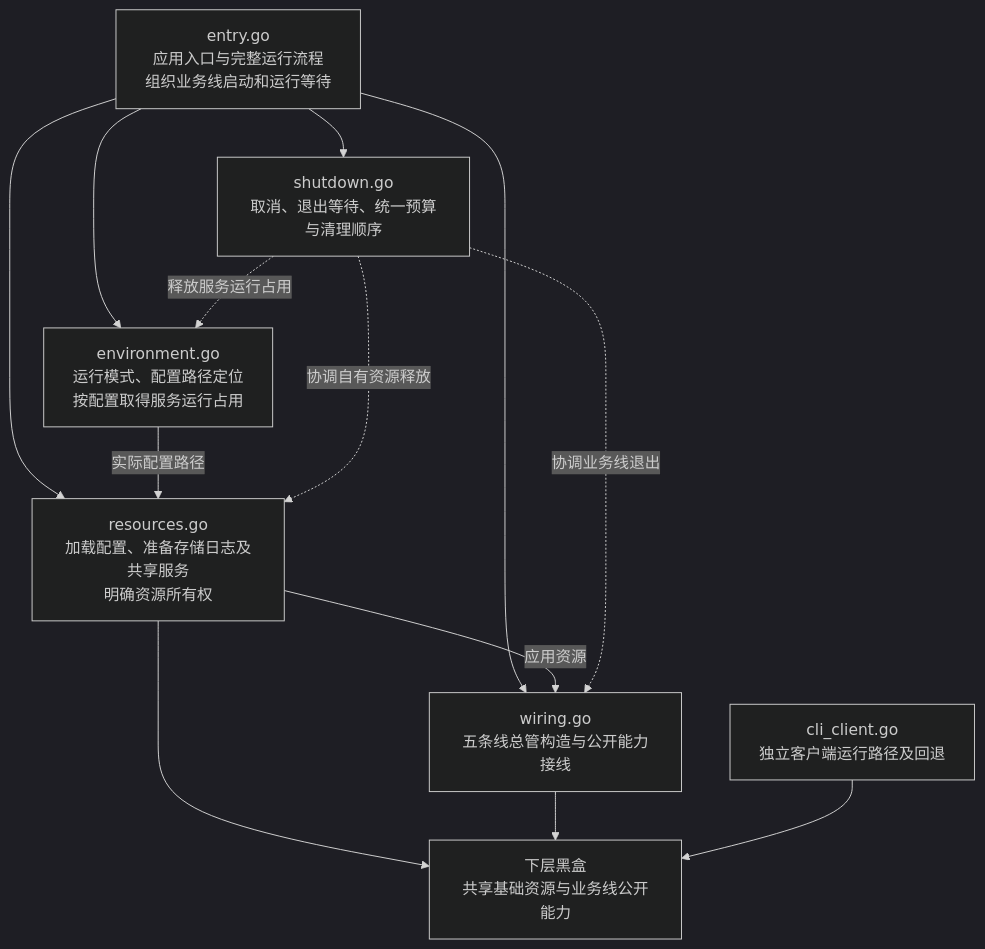
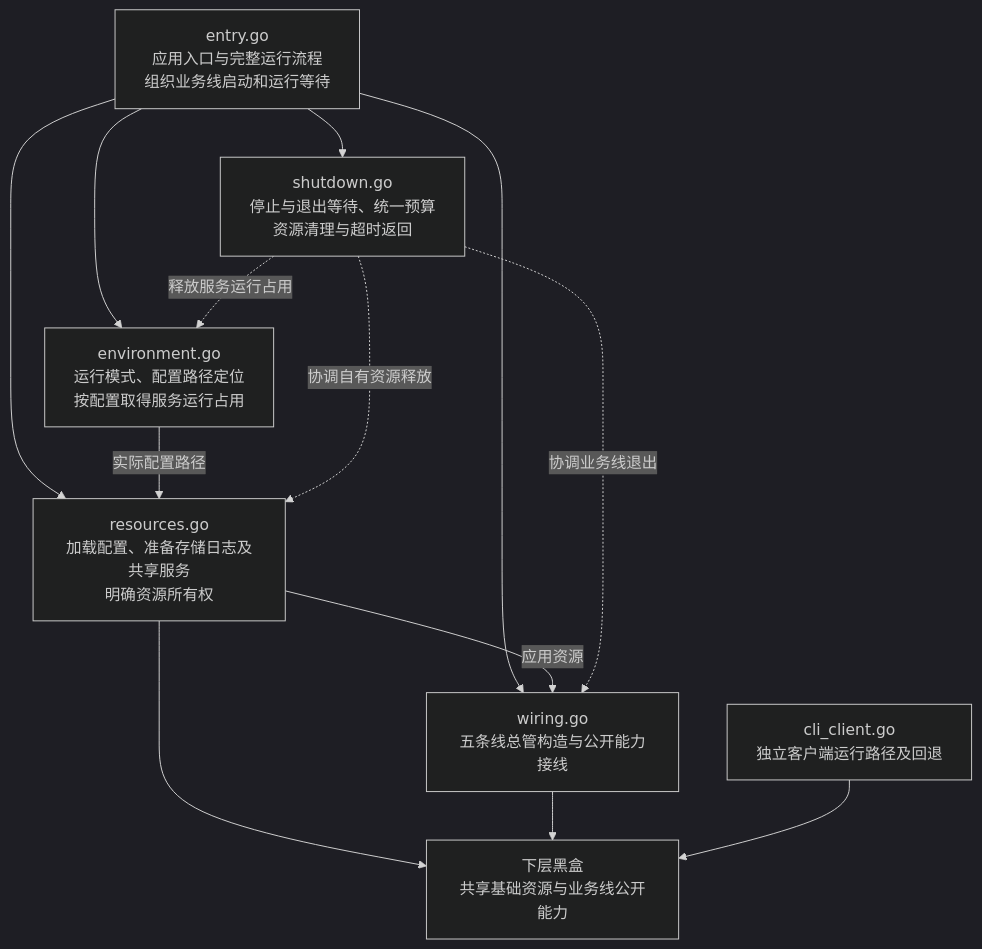
One commit to Elflare/elbot changed the diagram in devdocs/app-design.md. Above: the diagram before and after it, drawn with Mermaid (dark theme). The commit also changed other lines of this file and 7 other files, not shown here.

````diff
--- a/devdocs/app-design.md
+++ b/devdocs/app-design.md
@@ -31,19 +32,19 @@
 ```mermaid
 flowchart TB
     E["entry.go<br/>应用入口与完整运行流程<br/>组织业务线启动和运行等待"]
     ENV["environment.go<br/>运行模式、配置路径定位<br/>按配置取得服务运行占用"]
     R["resources.go<br/>加载配置、准备存储日志及共享服务<br/>明确资源所有权"]
     W["wiring.go<br/>五条线总管构造与公开能力接线"]
-    S["shutdown.go<br/>取消、退出等待、统一预算与清理顺序"]
+    S["shutdown.go<br/>停止与退出等待、统一预算<br/>资源清理与超时返回"]
     C["cli_client.go<br/>独立客户端运行路径及回退"]
     X["下层黑盒<br/>共享基础资源与业务线公开能力"]
     E --> ENV & R & W & S
     ENV -->|实际配置路径| R
     R -->|应用资源| W
     S -.->|释放服务运行占用| ENV
     S -.->|协调自有资源释放| R
     S -.->|协调业务线退出| W
     R --> X
     W --> X
     C --> X
 ```
````
